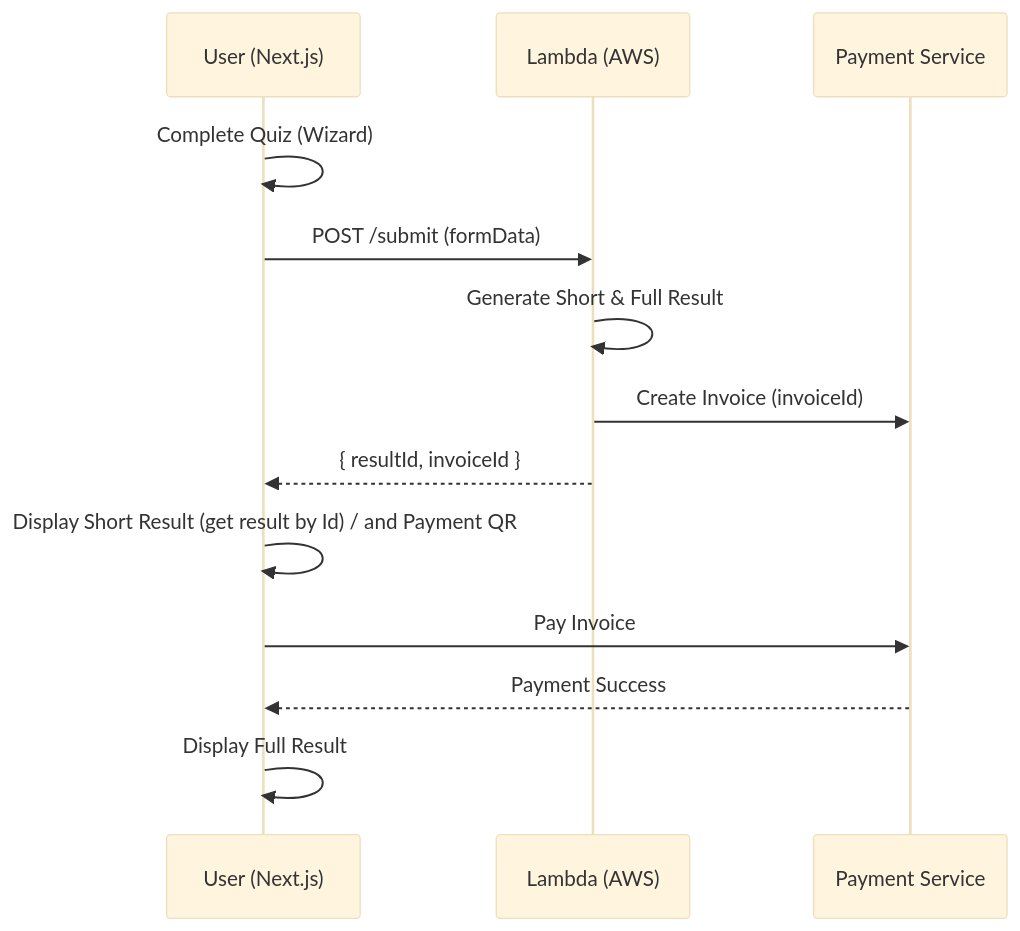
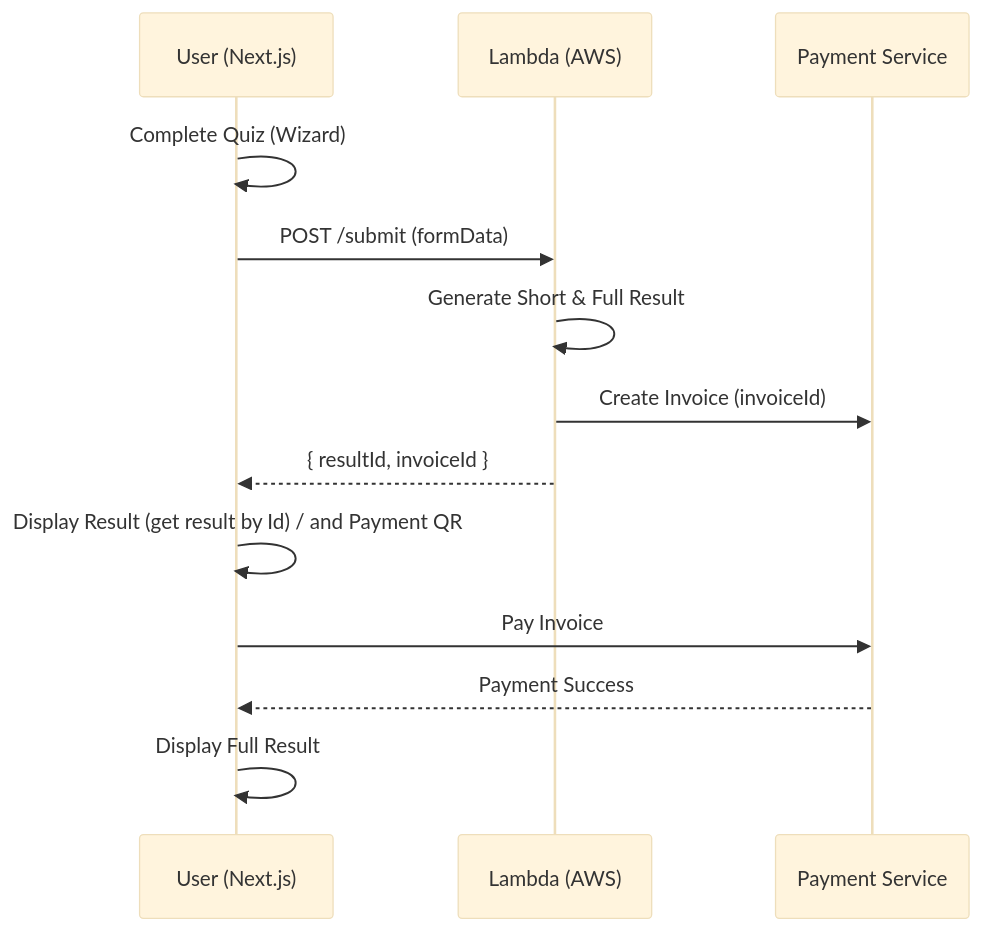
The diagram in flow.mermaid (bayaroch/quizz-be), drawn with Mermaid (base theme) before and after one commit.

```diff
--- a/flow.mermaid
+++ b/flow.mermaid
@@ -1,14 +1,14 @@
 sequenceDiagram
   participant U as User (Next.js)
   participant L as Lambda (AWS)
   participant P as Payment Service
 
   U->>U: Complete Quiz (Wizard)
   U->>L: POST /submit (formData)
   L->>L: Generate Short & Full Result
   L->>P: Create Invoice (invoiceId)
   L-->>U: { resultId, invoiceId }
-  U->>U: Display Short Result (get result by Id) / and Payment QR
+  U->>U: Display Result (get result by Id) / and Payment QR
   U->>P: Pay Invoice
   P-->>U: Payment Success
   U->>U: Display Full Result
```
